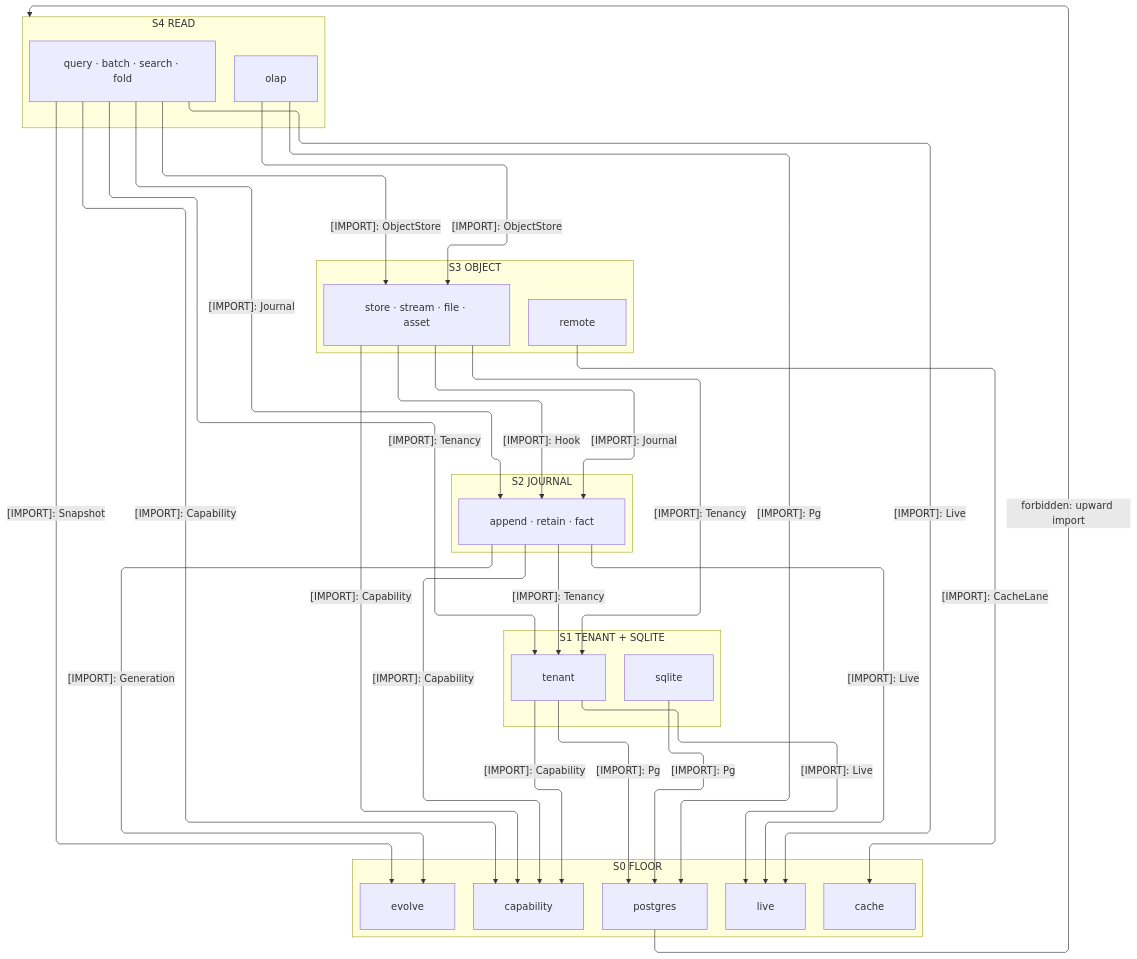
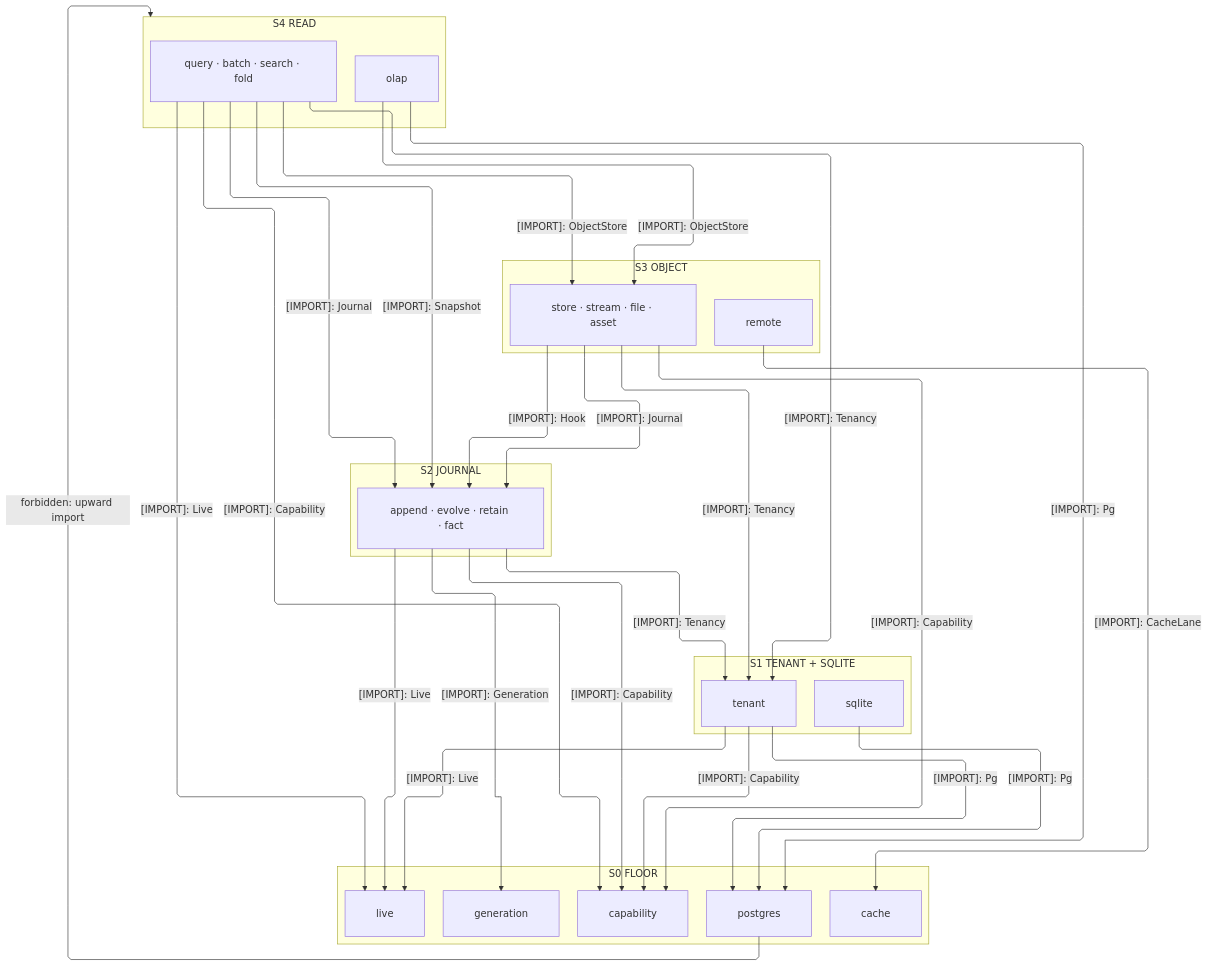
The first of 3 diagrams in libs/typescript/data/ARCHITECTURE.md (bsamiee/Rasm), drawn with Mermaid before and after one commit. The commit also changed other lines of this file and 167 other files, not shown here.

````diff
--- a/libs/typescript/data/ARCHITECTURE.md
+++ b/libs/typescript/data/ARCHITECTURE.md
@@ -49,56 +50,56 @@
 ```mermaid
 ---
 config:
   layout: elk
   flowchart:
     curve: linear
     padding: 25
 ---
 flowchart TB
     accTitle: Data interior import strata
     accDescr: How the interior sub-domains rank onto the mint floor, every import downward.
     subgraph S4["S4 READ"]
         Olap[olap]
         Read["query · batch · search · fold"]
     end
     subgraph S3["S3 OBJECT"]
         Object["store · stream · file · asset"]
         Remote[remote]
     end
     subgraph S2["S2 JOURNAL"]
-        Journal["append · retain · fact"]
+        Journal["append · evolve · retain · fact"]
     end
     subgraph S1["S1 TENANT + SQLITE"]
         Tenant[tenant]
         Sqlite[sqlite]
     end
     subgraph S0["S0 FLOOR"]
         Postgres[postgres]
         Capability[capability]
-        Evolve[evolve]
+        Generation[generation]
         Live[live]
         Cache[cache]
     end
     Tenant e1@-->|"[IMPORT]: Capability"| Capability
     Tenant e2@-->|"[IMPORT]: Pg"| Postgres
     Tenant e3@-->|"[IMPORT]: Live"| Live
     Journal e4@-->|"[IMPORT]: Tenancy"| Tenant
-    Journal e5@-->|"[IMPORT]: Generation"| Evolve
+    Journal e5@-->|"[IMPORT]: Generation"| Generation
     Journal e6@-->|"[IMPORT]: Live"| Live
     Journal e7@-->|"[IMPORT]: Capability"| Capability
     Object e8@-->|"[IMPORT]: Journal"| Journal
     Remote e9@-->|"[IMPORT]: CacheLane"| Cache
     Object e10@-->|"[IMPORT]: Capability"| Capability
     Read e11@-->|"[IMPORT]: ObjectStore"| Object
     Read e12@-->|"[IMPORT]: Journal"| Journal
     Read e13@-->|"[IMPORT]: Live"| Live
     Read e14@-->|"[IMPORT]: Capability"| Capability
-    Read e15@-->|"[IMPORT]: Snapshot"| Evolve
+    Read e15@-->|"[IMPORT]: Snapshot"| Journal
     Olap e16@-->|"[IMPORT]: ObjectStore"| Object
     Olap e17@-->|"[IMPORT]: Pg"| Postgres
     Sqlite e18@-->|"[IMPORT]: Pg"| Postgres
     Object e19@-->|"[IMPORT]: Hook"| Journal
     Object e20@-->|"[IMPORT]: Tenancy"| Tenant
     Read e21@-->|"[IMPORT]: Tenancy"| Tenant
     Postgres f1@-->|"forbidden: upward import"| S4
 ```
````
